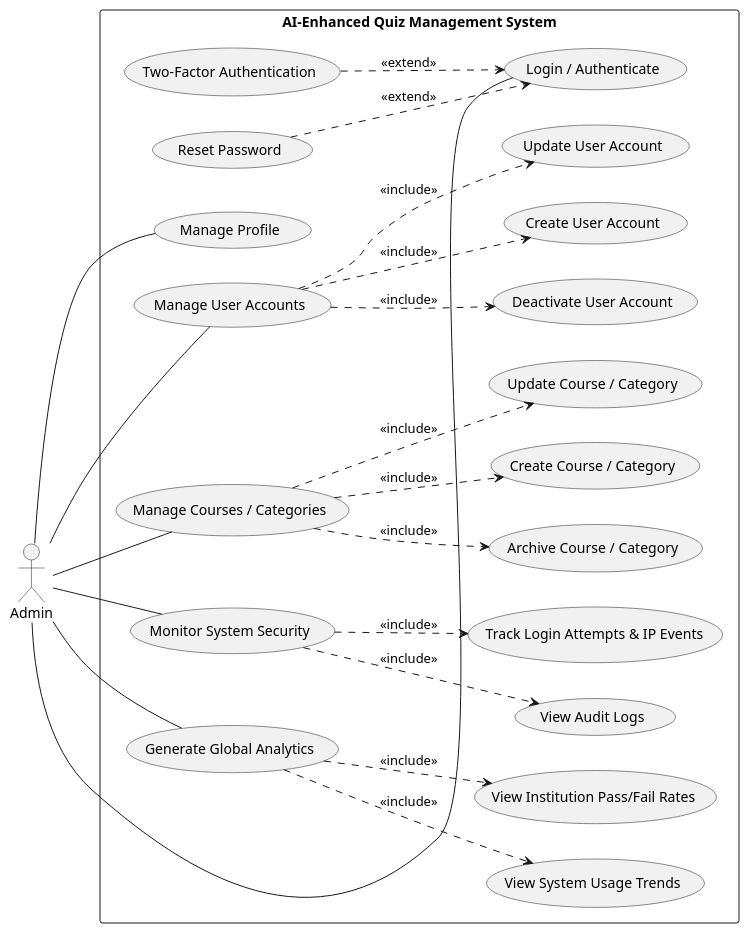
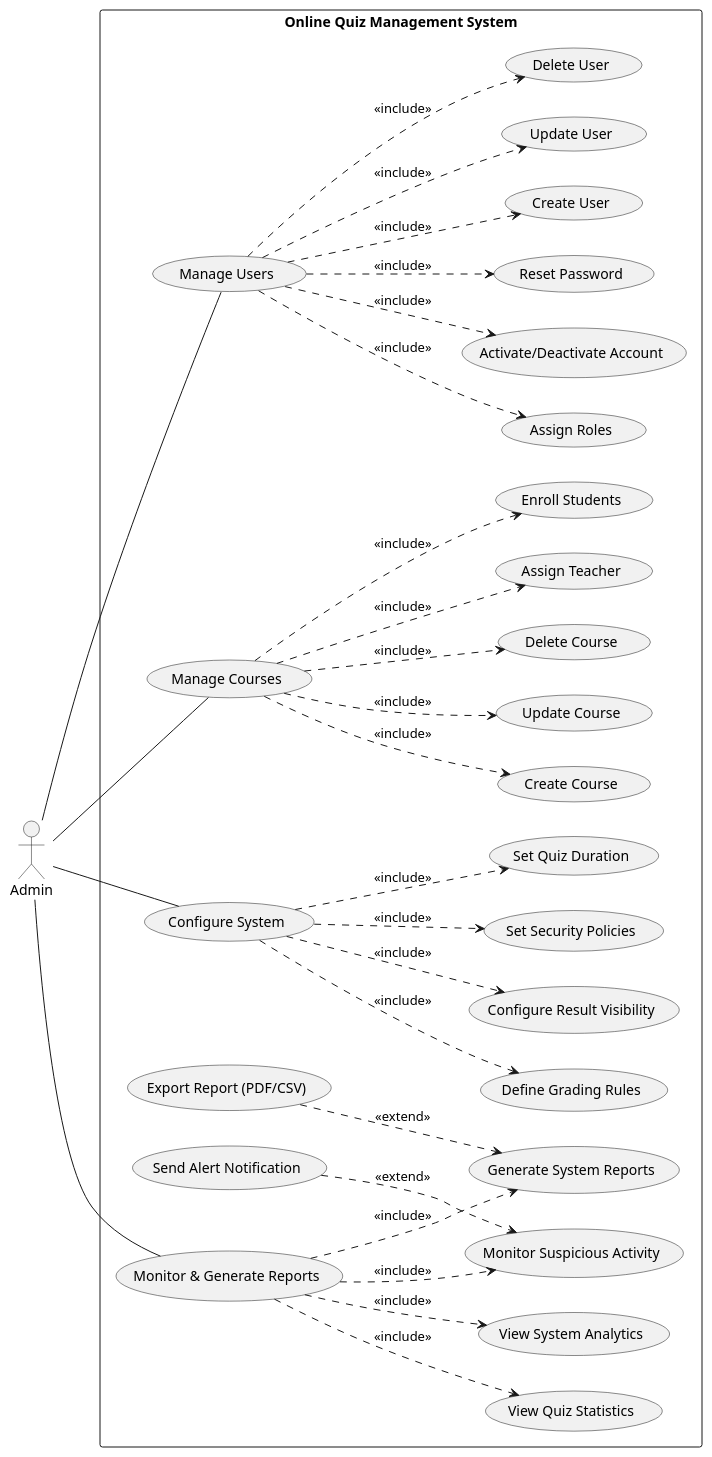
One commit to Pakeeza1508/OOAD_Project changed the diagram in admin.md. Above: the diagram before and after it, drawn with PlantUML. The commit also changed other lines of this file, not shown here.

````diff
--- a/admin.md
+++ b/admin.md
@@ -5,62 +3,80 @@
 ```plantuml
 @startuml
 left to right direction
 skinparam packageStyle rectangle
 
 actor Admin
 
-rectangle "AI-Enhanced Quiz Management System" {
+rectangle "Online Quiz Management System" {
 
-    usecase "Login / Authenticate" as UC_Login
-    usecase "Two-Factor Authentication" as UC_2FA
-    usecase "Reset Password" as UC_Reset
-    usecase "Manage Profile" as UC_Profile
+    usecase "Manage Users" as UC_ManageUsers
+    usecase "Manage Courses" as UC_ManageCourses
+    usecase "Configure System" as UC_ConfigureSystem
+    usecase "Monitor & Generate Reports" as UC_MonitorReports
 
-    usecase "Manage User Accounts" as UC_UserAccounts
-    usecase "Create User Account" as UC_CreateUser
-    usecase "Update User Account" as UC_UpdateUser
-    usecase "Deactivate User Account" as UC_DeactivateUser
+    usecase "Create User" as UC_CreateUser
+    usecase "Update User" as UC_UpdateUser
+    usecase "Delete User" as UC_DeleteUser
+    usecase "Assign Roles" as UC_AssignRoles
+    usecase "Activate/Deactivate Account" as UC_ActivateDeactivate
+    usecase "Reset Password" as UC_ResetPassword
 
-    usecase "Manage Courses / Categories" as UC_CourseMgmt
-    usecase "Create Course / Category" as UC_CreateCourse
-    usecase "Update Course / Category" as UC_UpdateCourse
-    usecase "Archive Course / Category" as UC_ArchiveCourse
+    usecase "Create Course" as UC_CreateCourse
+    usecase "Update Course" as UC_UpdateCourse
+    usecase "Delete Course" as UC_DeleteCourse
+    usecase "Assign Teacher" as UC_AssignTeacher
+    usecase "Enroll Students" as UC_EnrollStudents
 
-    usecase "Monitor System Security" as UC_Security
-    usecase "View Audit Logs" as UC_Audit
-    usecase "Track Login Attempts & IP Events" as UC_TrackEvents
+    usecase "Set Quiz Duration" as UC_SetQuizDuration
+    usecase "Define Grading Rules" as UC_DefineGradingRules
+    usecase "Configure Result Visibility" as UC_ResultVisibility
+    usecase "Set Security Policies" as UC_SetSecurityPolicies
 
-    usecase "Generate Global Analytics" as UC_Analytics
-    usecase "View System Usage Trends" as UC_UsageTrends
-    usecase "View Institution Pass/Fail Rates" as UC_PassFail
+    usecase "View System Analytics" as UC_ViewSystemAnalytics
+    usecase "View Quiz Statistics" as UC_ViewQuizStats
+    usecase "Monitor Suspicious Activity" as UC_MonitorSuspicious
+    usecase "Generate System Reports" as UC_GenerateReports
+
+    usecase "Export Report (PDF/CSV)" as UC_ExportReport
+    usecase "Send Alert Notification" as UC_SendAlert
 }
 
-' Actor associations (plain association links)
-Admin -- UC_Login
-Admin -- UC_Profile
-Admin -- UC_UserAccounts
-Admin -- UC_CourseMgmt
-Admin -- UC_Security
-Admin -- UC_Analytics
+' Admin associations to top-level use cases
+Admin -- UC_ManageUsers
+Admin -- UC_ManageCourses
+Admin -- UC_ConfigureSystem
+Admin -- UC_MonitorReports
 
-' Extend relationships (optional / conditional)
-UC_2FA ..> UC_Login : <<extend>>
-UC_Reset ..> UC_Login : <<extend>>
+' Manage Users includes
+UC_ManageUsers ..> UC_CreateUser : <<include>>
+UC_ManageUsers ..> UC_UpdateUser : <<include>>
+UC_ManageUsers ..> UC_DeleteUser : <<include>>
+UC_ManageUsers ..> UC_AssignRoles : <<include>>
+UC_ManageUsers ..> UC_ActivateDeactivate : <<include>>
+UC_ManageUsers ..> UC_ResetPassword : <<include>>
 
-' Include relationships (mandatory decomposed behavior)
-UC_UserAccounts ..> UC_CreateUser : <<include>>
-UC_UserAccounts ..> UC_UpdateUser : <<include>>
-UC_UserAccounts ..> UC_DeactivateUser : <<include>>
+' Manage Courses includes
+UC_ManageCourses ..> UC_CreateCourse : <<include>>
+UC_ManageCourses ..> UC_UpdateCourse : <<include>>
+UC_ManageCourses ..> UC_DeleteCourse : <<include>>
+UC_ManageCourses ..> UC_AssignTeacher : <<include>>
+UC_ManageCourses ..> UC_EnrollStudents : <<include>>
 
-UC_CourseMgmt ..> UC_CreateCourse : <<include>>
-UC_CourseMgmt ..> UC_UpdateCourse : <<include>>
-UC_CourseMgmt ..> UC_ArchiveCourse : <<include>>
+' Configure System includes
+UC_ConfigureSystem ..> UC_SetQuizDuration : <<include>>
+UC_ConfigureSystem ..> UC_DefineGradingRules : <<include>>
+UC_ConfigureSystem ..> UC_ResultVisibility : <<include>>
+UC_ConfigureSystem ..> UC_SetSecurityPolicies : <<include>>
 
-UC_Security ..> UC_Audit : <<include>>
-UC_Security ..> UC_TrackEvents : <<include>>
+' Monitor & Generate Reports includes
+UC_MonitorReports ..> UC_ViewSystemAnalytics : <<include>>
+UC_MonitorReports ..> UC_ViewQuizStats : <<include>>
+UC_MonitorReports ..> UC_MonitorSuspicious : <<include>>
+UC_MonitorReports ..> UC_GenerateReports : <<include>>
 
-UC_Analytics ..> UC_UsageTrends : <<include>>
-UC_Analytics ..> UC_PassFail : <<include>>
+' Optional extensions
+UC_ExportReport ..> UC_GenerateReports : <<extend>>
+UC_SendAlert ..> UC_MonitorSuspicious : <<extend>>
 
 @enduml
 ```
````
